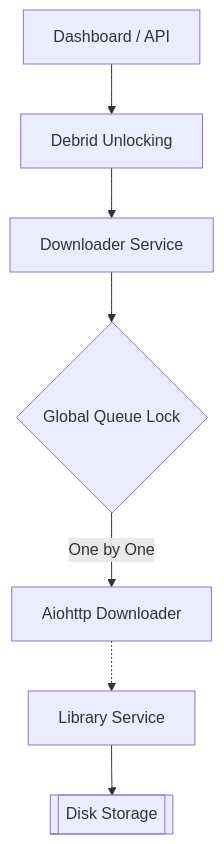
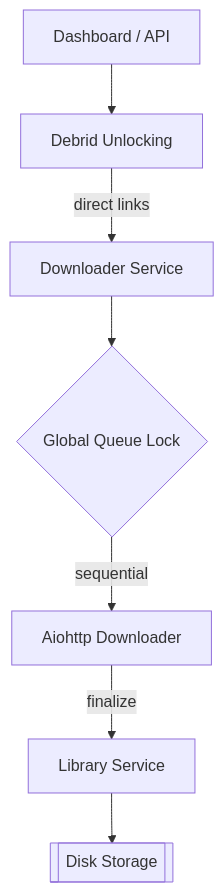
The third of 3 diagrams in README.md (dmachard/DDL-tower), drawn with Mermaid before and after one commit. The commit also changed other lines of this file, not shown here.

Commit message:
feat: configure TMDB API key, comment out example scrapers, and update architecture diagrams in README

````diff
--- a/README.md
+++ b/README.md
@@ -260,9 +267,9 @@
 ```mermaid
 graph TD
     UI[Dashboard / API] --> DEB[Debrid Unlocking]
-    DEB --> DL[Downloader Service]
+    DEB -->|direct links| DL[Downloader Service]
     DL --> LOCK{Global Queue Lock}
-    LOCK -->|One by One| GET[Aiohttp Downloader]
-    GET -.-> ORG[Library Service]
+    LOCK -->|sequential| GET[Aiohttp Downloader]
+    GET -->|finalize| ORG[Library Service]
     ORG --> DISK[[Disk Storage]]
 ```
````
